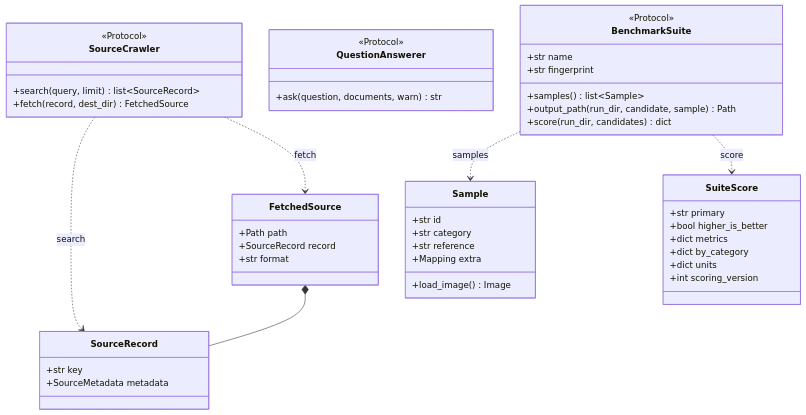
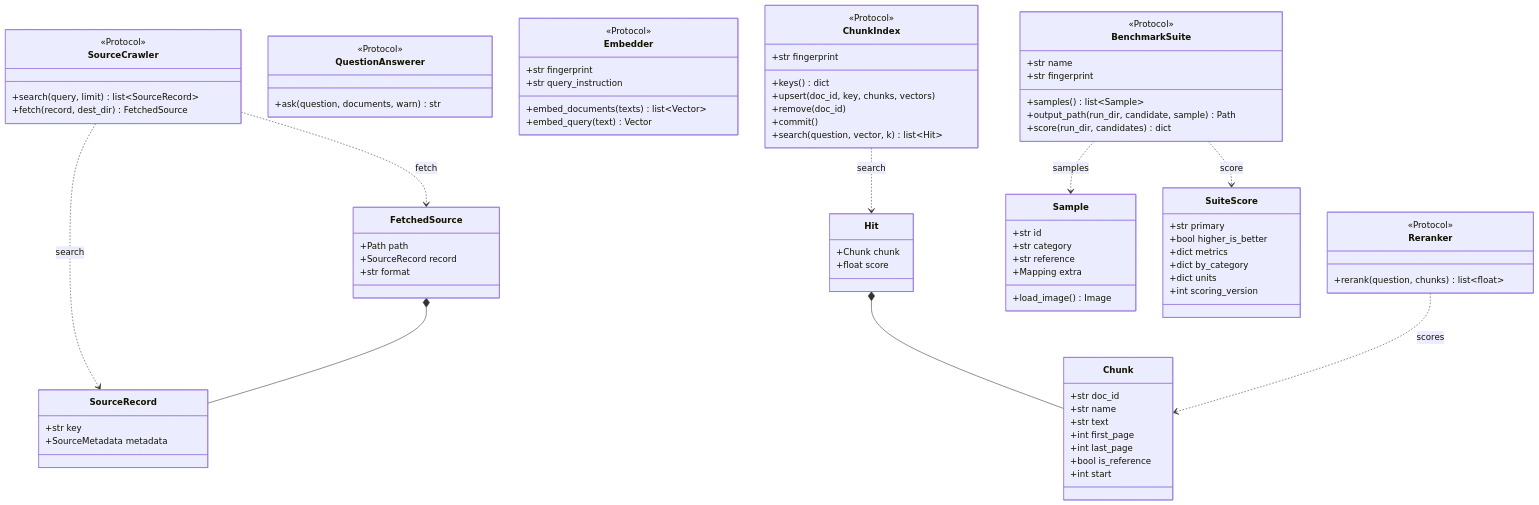
The fifth of 18 diagrams in packages/docingest/docs/architecture.md (etxsA/doc-ingest), drawn with Mermaid before and after one commit. The commit also changed other lines of this file and 21 other files, not shown here.

First line of the commit message:
feat(ports): Embedder, ChunkIndex and Reranker with built-in none adapters

````diff
--- a/packages/docingest/docs/architecture.md
+++ b/packages/docingest/docs/architecture.md
@@ -315,6 +325,39 @@
     class QuestionAnswerer {
         <<Protocol>>
         +ask(question, documents, warn) str
+    }
+    class Embedder {
+        <<Protocol>>
+        +str fingerprint
+        +str query_instruction
+        +embed_documents(texts) list~Vector~
+        +embed_query(text) Vector
+    }
+    class ChunkIndex {
+        <<Protocol>>
+        +str fingerprint
+        +keys() dict
+        +upsert(doc_id, key, chunks, vectors)
+        +remove(doc_id)
+        +commit()
+        +search(question, vector, k) list~Hit~
+    }
+    class Reranker {
+        <<Protocol>>
+        +rerank(question, chunks) list~float~
+    }
+    class Chunk {
+        +str doc_id
+        +str name
+        +str text
+        +int first_page
+        +int last_page
+        +bool is_reference
+        +int start
+    }
+    class Hit {
+        +Chunk chunk
+        +float score
     }
     class BenchmarkSuite {
         <<Protocol>>
@@ -351,6 +394,9 @@
     SourceCrawler ..> SourceRecord : search
     SourceCrawler ..> FetchedSource : fetch
     FetchedSource *-- SourceRecord
+    ChunkIndex ..> Hit : search
+    Hit *-- Chunk
+    Reranker ..> Chunk : scores
     BenchmarkSuite ..> Sample : samples
     BenchmarkSuite ..> SuiteScore : score
 ```
````
